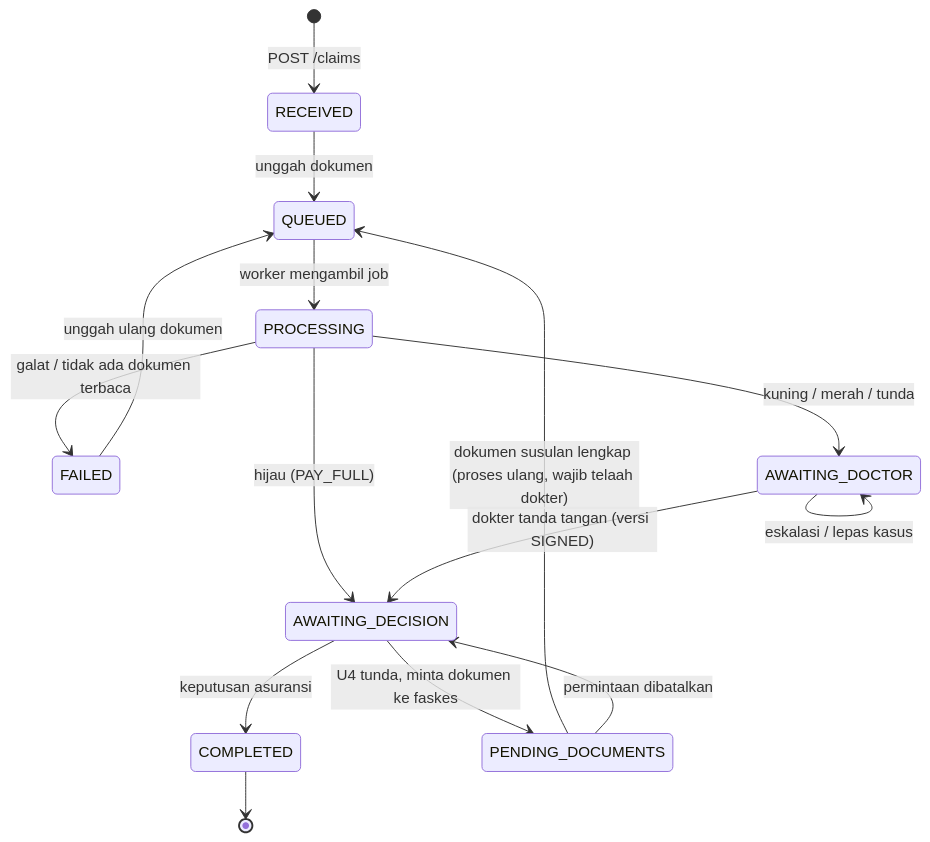
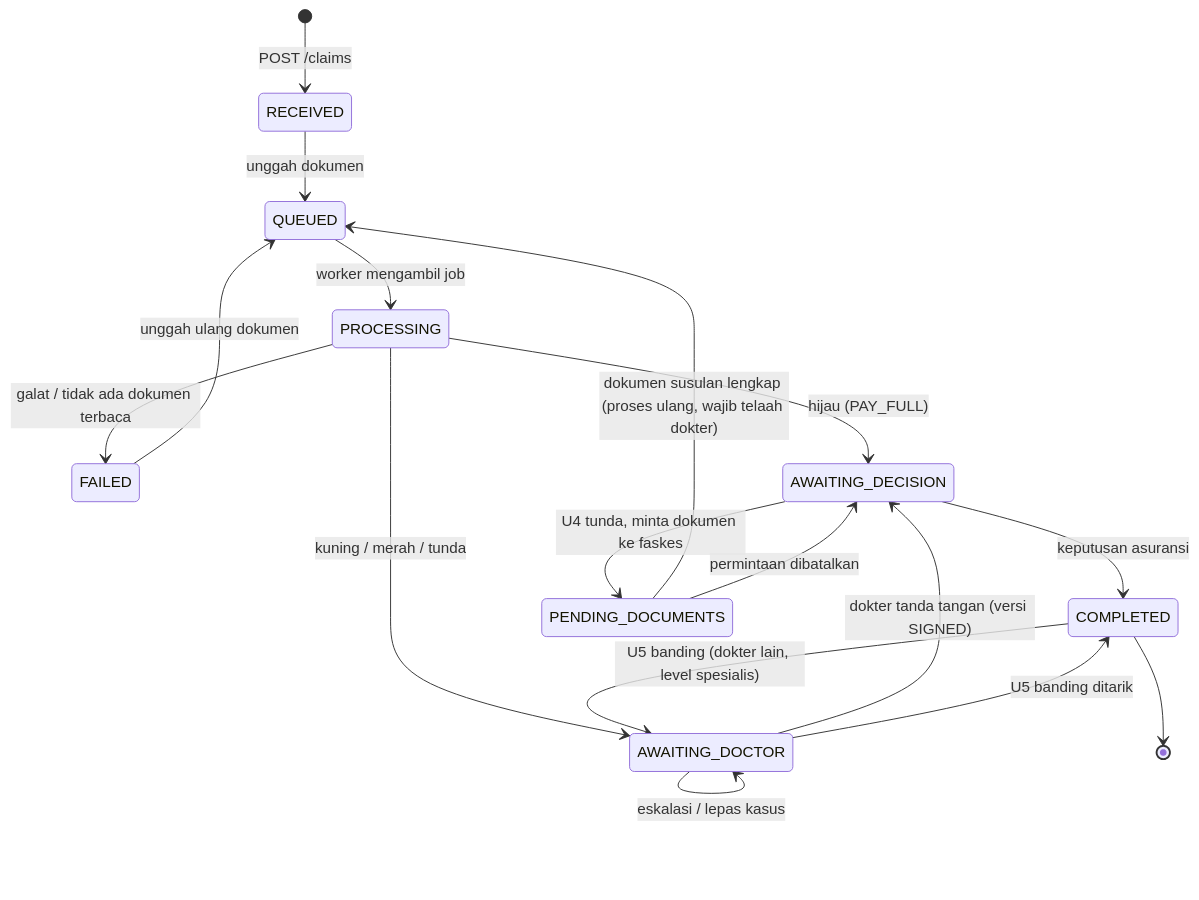
The third of 3 diagrams in docs/ARSITEKTUR.md (RefaMuhammad/poc-aaji), drawn with Mermaid before and after one commit. The commit also changed other lines of this file and 33 other files, not shown here.

````diff
--- a/docs/ARSITEKTUR.md
+++ b/docs/ARSITEKTUR.md
@@ -338,17 +340,19 @@
 ```mermaid
 stateDiagram-v2
     [*] --> RECEIVED: POST /claims
     RECEIVED --> QUEUED: unggah dokumen
     QUEUED --> PROCESSING: worker mengambil job
     PROCESSING --> FAILED: galat / tidak ada dokumen terbaca
     FAILED --> QUEUED: unggah ulang dokumen
     PROCESSING --> AWAITING_DECISION: hijau (PAY_FULL)
     PROCESSING --> AWAITING_DOCTOR: kuning / merah / tunda
     AWAITING_DOCTOR --> AWAITING_DOCTOR: eskalasi / lepas kasus
     AWAITING_DOCTOR --> AWAITING_DECISION: dokter tanda tangan (versi SIGNED)
     AWAITING_DECISION --> COMPLETED: keputusan asuransi
     AWAITING_DECISION --> PENDING_DOCUMENTS: U4 tunda, minta dokumen ke faskes
     PENDING_DOCUMENTS --> QUEUED: dokumen susulan lengkap (proses ulang, wajib telaah dokter)
     PENDING_DOCUMENTS --> AWAITING_DECISION: permintaan dibatalkan
+    COMPLETED --> AWAITING_DOCTOR: U5 banding (dokter lain, level spesialis)
+    AWAITING_DOCTOR --> COMPLETED: U5 banding ditarik
     COMPLETED --> [*]
 ```
````
